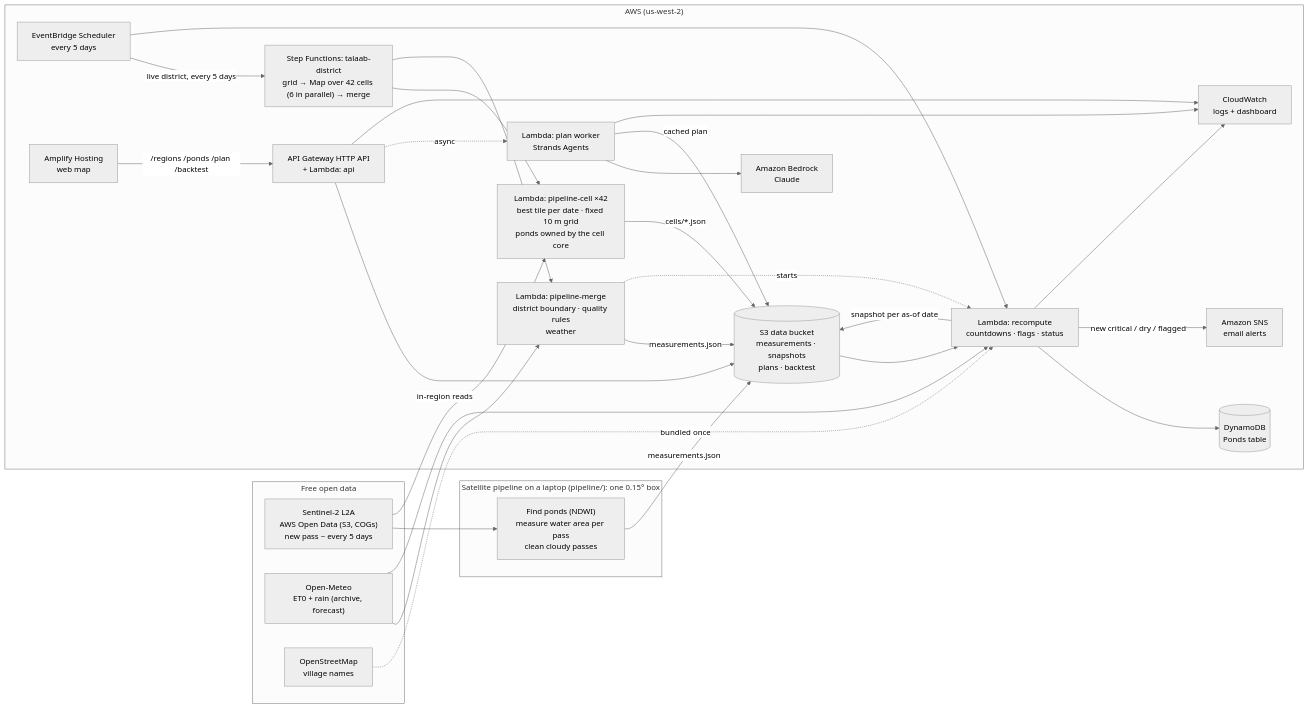
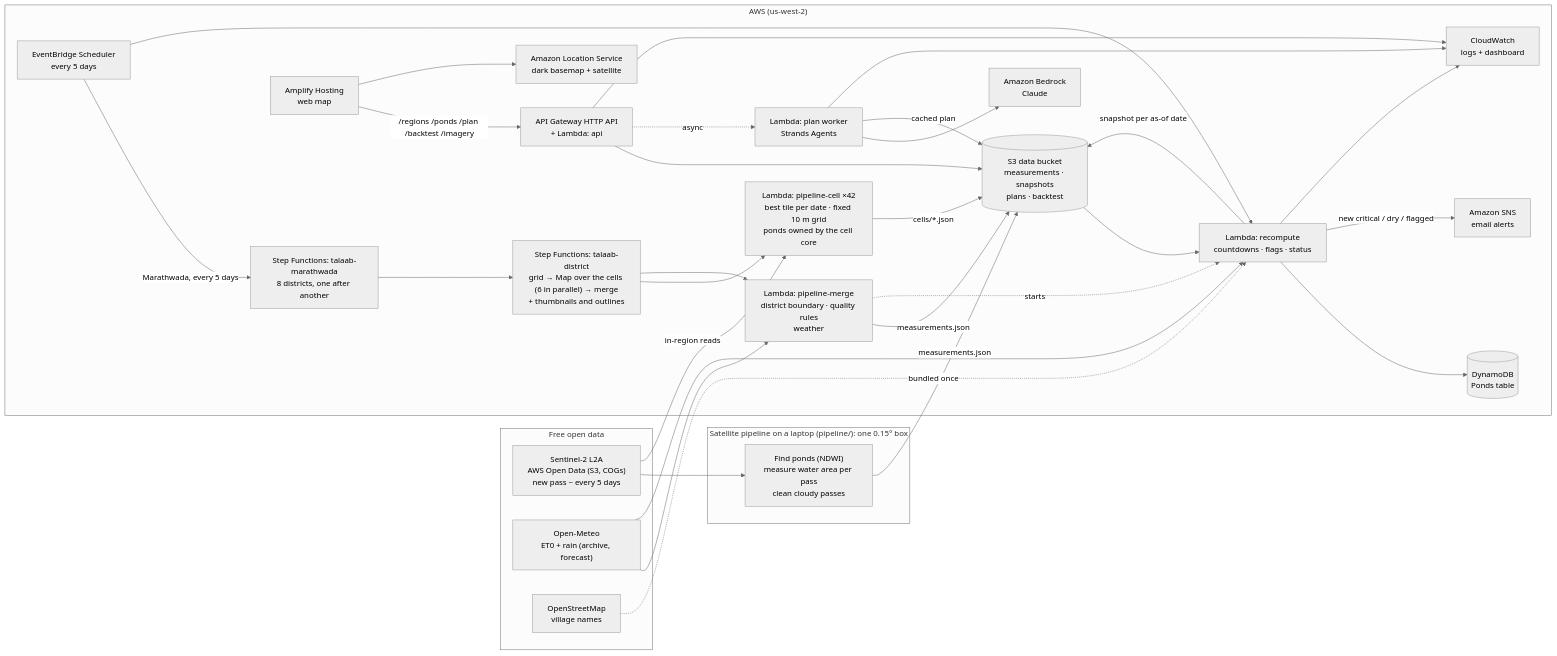
One commit to shloknarvekar/talaab changed the diagram in docs/architecture.md. Above: the diagram before and after it, drawn with Mermaid (neutral theme). The commit also changed 6 other files, not shown here.

Commit message:
docs: Marathwada measured (8 districts, 2,712 ponds, 76 talukas, 17 min, $0), imagery served by the API, Amazon Location, X-Ray + alarms; recompute timeout 300 s for 12 regions

````diff
--- a/docs/architecture.md
+++ b/docs/architecture.md
@@ -7,51 +7,55 @@
 ```mermaid
 flowchart LR
   subgraph Sources["Free open data"]
     S2["Sentinel-2 L2A<br/>AWS Open Data (S3, COGs)<br/>new pass ~ every 5 days"]
     OM["Open-Meteo<br/>ET0 + rain (archive, forecast)"]
     OSM["OpenStreetMap<br/>village names"]
   end
 
   subgraph Laptop["Satellite pipeline on a laptop (pipeline/): one 0.15° box"]
     P["Find ponds (NDWI)<br/>measure water area per pass<br/>clean cloudy passes"]
   end
 
   subgraph AWS["AWS (us-west-2)"]
-    SFN["Step Functions: talaab-district<br/>grid → Map over 42 cells (6 in parallel) → merge"]
+    SFNM["Step Functions: talaab-marathwada<br/>8 districts, one after another"]
+    SFN["Step Functions: talaab-district<br/>grid → Map over the cells (6 in parallel) → merge<br/>+ thumbnails and outlines"]
+    LOC["Amazon Location Service<br/>dark basemap + satellite"]
     CELL["Lambda: pipeline-cell ×42<br/>best tile per date · fixed 10 m grid<br/>ponds owned by the cell core"]
     MRG["Lambda: pipeline-merge<br/>district boundary · quality rules<br/>weather"]
     S3[("S3 data bucket<br/>measurements · snapshots<br/>plans · backtest")]
     SCH["EventBridge Scheduler<br/>every 5 days"]
     RC["Lambda: recompute<br/>countdowns · flags · status"]
     DDB[("DynamoDB<br/>Ponds table")]
     API["API Gateway HTTP API<br/>+ Lambda: api"]
     PW["Lambda: plan worker<br/>Strands Agents"]
     BR["Amazon Bedrock<br/>Claude"]
     CW["CloudWatch<br/>logs + dashboard"]
     SNS["Amazon SNS<br/>email alerts"]
     AMP["Amplify Hosting<br/>web map"]
   end
 
   S2 --> P --> |measurements.json| S3
-  SCH --> |live district, every 5 days| SFN
+  SCH --> |Marathwada, every 5 days| SFNM
+  SFNM --> SFN
   SFN --> CELL
   S2 --> |in-region reads| CELL
   CELL --> |cells/*.json| S3
   SFN --> MRG
   OM --> MRG
   MRG --> |measurements.json| S3
   MRG -. starts .-> RC
   SCH --> RC
   S3 --> RC
   OM --> RC
   OSM -.bundled once.-> RC
   RC --> |snapshot per as-of date| S3
   RC --> DDB
   RC --> |new critical / dry / flagged| SNS
-  AMP --> |"/regions /ponds /plan /backtest"| API
+  AMP --> |"/regions /ponds /plan /backtest /imagery"| API
+  AMP --> LOC
   API --> S3
   API -. async .-> PW
   PW --> BR
   PW --> |cached plan| S3
   RC & API & PW --> CW
 ```
````
